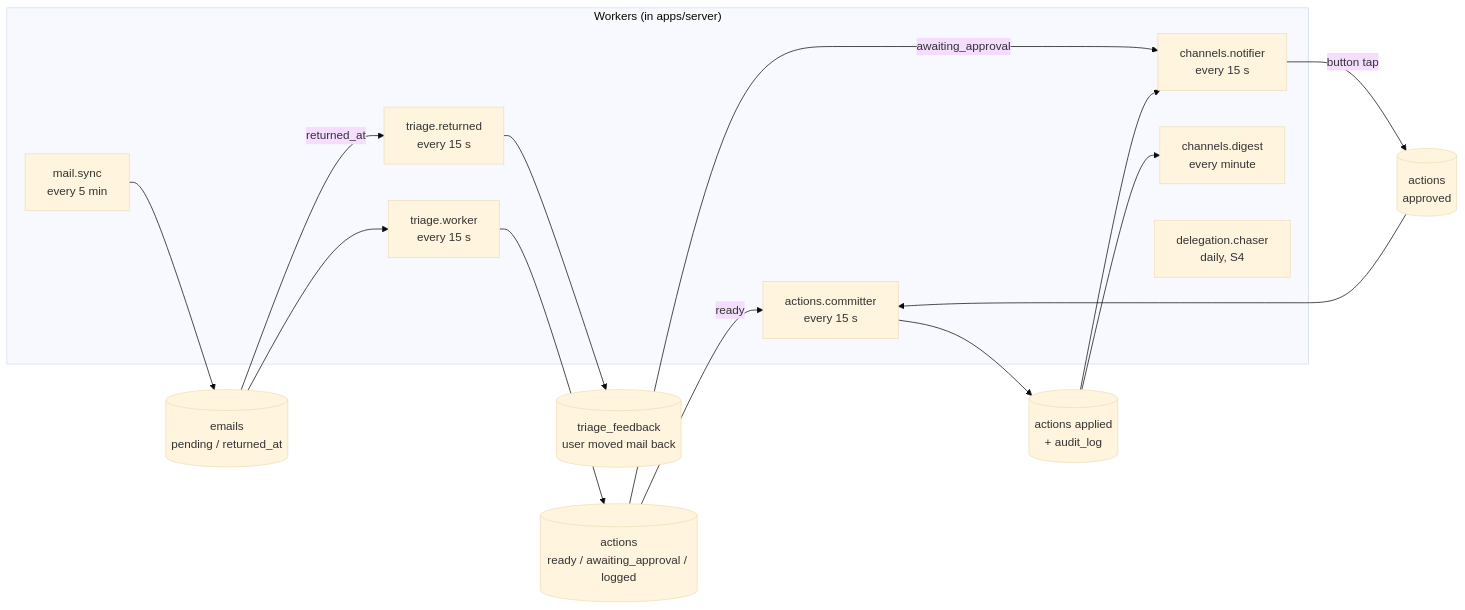
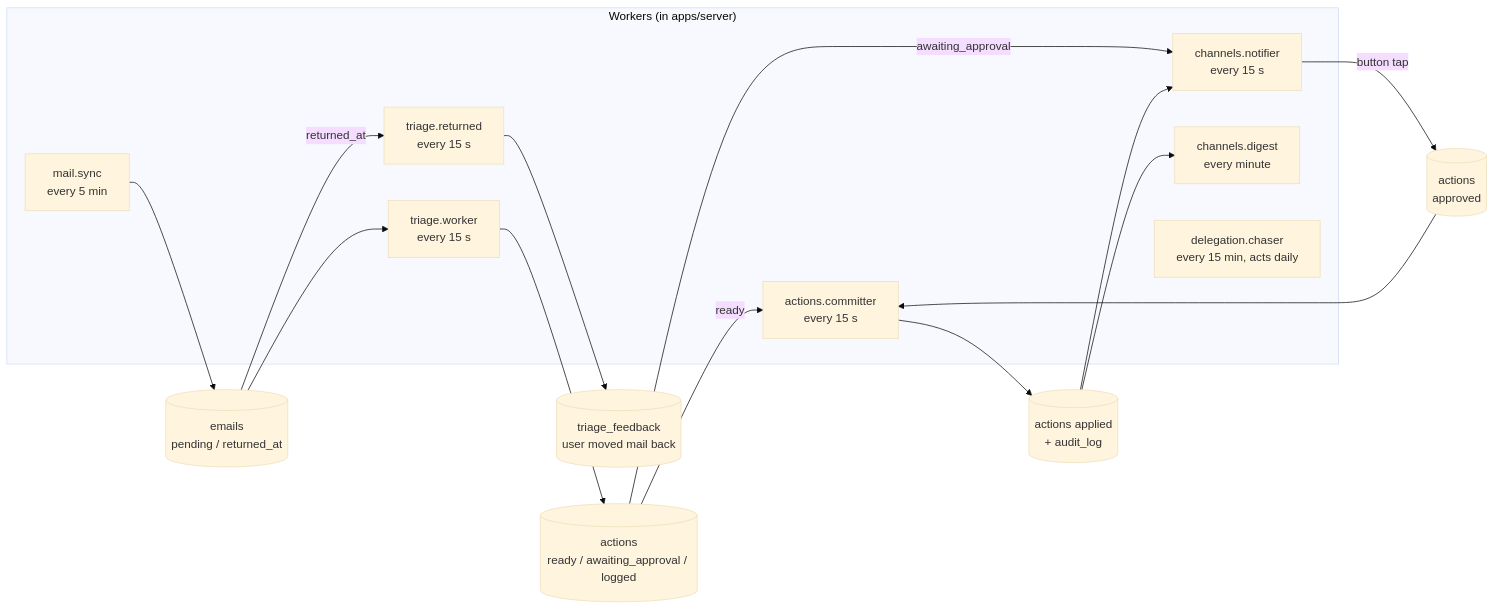
Before and after one commit to Artexs/email_assistant: the first of 2 diagrams in docs/modules.md, drawn with Mermaid (base theme). The commit also changed other lines of this file and 17 other files, not shown here.

````diff
--- a/docs/modules.md
+++ b/docs/modules.md
@@ -32,25 +32,25 @@
 ```mermaid
 flowchart LR
     subgraph Jobs["Workers (in apps/server)"]
         J1[mail.sync<br/>every 5 min]
         J2[triage.worker<br/>every 15 s]
         J3[actions.committer<br/>every 15 s]
         J4[channels.notifier<br/>every 15 s]
         J5[channels.digest<br/>every minute]
-        J6[delegation.chaser<br/>daily, S4]
+        J6[delegation.chaser<br/>every 15 min, acts daily]
         J7[triage.returned<br/>every 15 s]
     end
 
     J1 --> E1[(emails<br/>pending / returned_at)]
     E1 --> J2
     E1 -->|returned_at| J7
     J7 --> F1[(triage_feedback<br/>user moved mail back)]
     J2 --> A1[(actions<br/>ready / awaiting_approval / logged)]
     A1 -->|ready| J3
     A1 -->|awaiting_approval| J4
     J4 -->|button tap| A2[(actions<br/>approved)]
     A2 --> J3
     J3 --> A3[(actions applied<br/>+ audit_log)]
     A3 --> J4
     A3 --> J5
 ```
````
